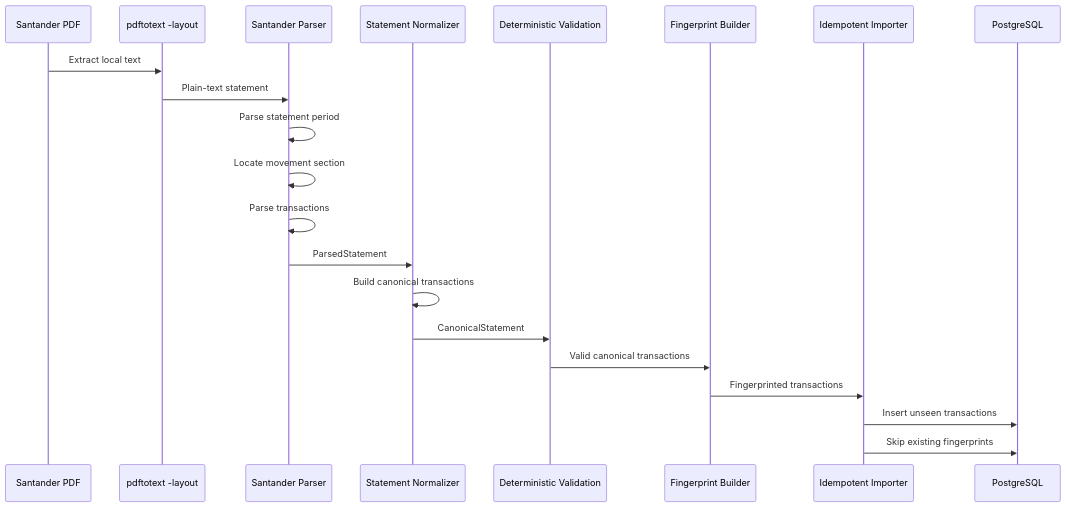
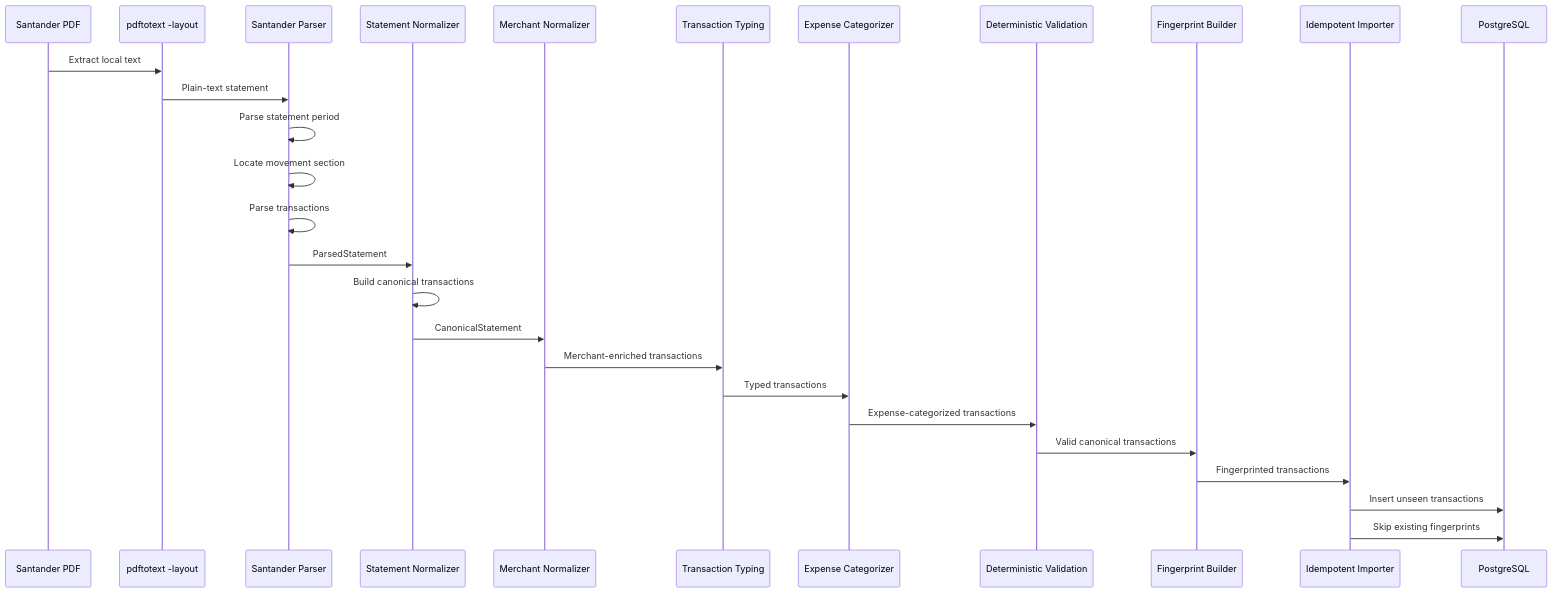
Before and after one commit to daniel-carneiro-nascimento/sherlock-home: the sixth of 6 diagrams in docs/architecture.md, drawn with Mermaid. The commit also changed other lines of this file and 25 other files, not shown here.

Commit message:
Document transaction typing and expense taxonomy

````diff
--- a/docs/architecture.md
+++ b/docs/architecture.md
@@ -797,25 +895,31 @@
 ```mermaid
 sequenceDiagram
 
     participant PDF as Santander PDF
     participant Extract as pdftotext -layout
     participant Parser as Santander Parser
     participant Normalize as Statement Normalizer
+    participant Merchant as Merchant Normalizer
+    participant Type as Transaction Typing
+    participant Category as Expense Categorizer
     participant Validate as Deterministic Validation
     participant FP as Fingerprint Builder
     participant Import as Idempotent Importer
     participant DB as PostgreSQL
 
     PDF->>Extract: Extract local text
     Extract->>Parser: Plain-text statement
     Parser->>Parser: Parse statement period
     Parser->>Parser: Locate movement section
     Parser->>Parser: Parse transactions
     Parser->>Normalize: ParsedStatement
     Normalize->>Normalize: Build canonical transactions
-    Normalize->>Validate: CanonicalStatement
+    Normalize->>Merchant: CanonicalStatement
+    Merchant->>Type: Merchant-enriched transactions
+    Type->>Category: Typed transactions
+    Category->>Validate: Expense-categorized transactions
     Validate->>FP: Valid canonical transactions
     FP->>Import: Fingerprinted transactions
     Import->>DB: Insert unseen transactions
     Import->>DB: Skip existing fingerprints
 ```
````
